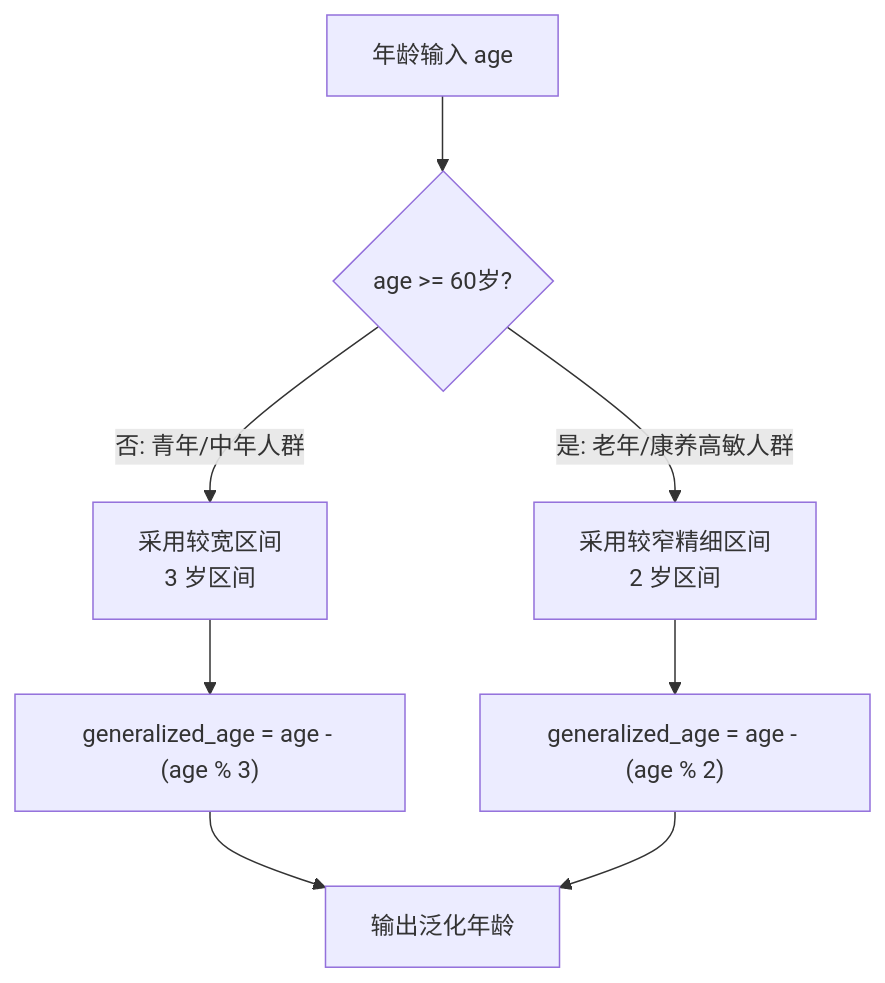
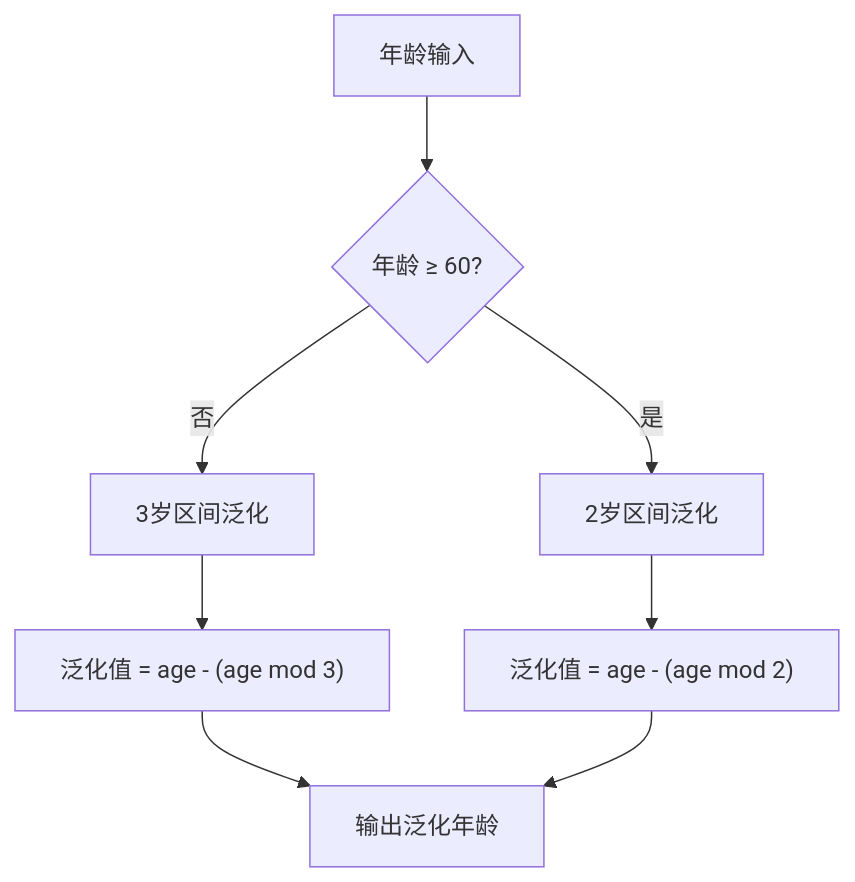
One commit to fengzhizi319/PrivShield changed the fourth of 4 diagrams in docs/medical_pipeline/redaction_algorithm_specification.md. Above: the diagram before and after it, drawn with Mermaid. The commit also changed other lines of this file, not shown here.

````diff
--- a/docs/medical_pipeline/redaction_algorithm_specification.md
+++ b/docs/medical_pipeline/redaction_algorithm_specification.md
@@ -142,13 +306,10 @@
 ```mermaid
 flowchart TD
-    AgeIn[年龄输入 age] --> AgeCheck{age >= 60岁?}
-
-    AgeCheck -->|否: 青年/中年人群| LowAgeGroup[采用较宽区间\n3 岁区间]
-    AgeCheck -->|是: 老年/康养高敏人群| SeniorGroup[采用较窄精细区间\n2 岁区间]
-
-    LowAgeGroup --> CalcLow["generalized_age = age - (age % 3)"]
-    SeniorGroup --> CalcSenior["generalized_age = age - (age % 2)"]
-
-    CalcLow --> FormatOut[输出泛化年龄]
-    CalcSenior --> FormatOut
+    AgeIn[年龄输入] --> Check{年龄 ≥ 60?}
+    Check -->|否| Low[3岁区间泛化]
+    Check -->|是| Senior[2岁区间泛化]
+    Low --> CalcLow["泛化值 = age - (age mod 3)"]
+    Senior --> CalcSenior["泛化值 = age - (age mod 2)"]
+    CalcLow --> Out[输出泛化年龄]
+    CalcSenior --> Out
 ```
````
